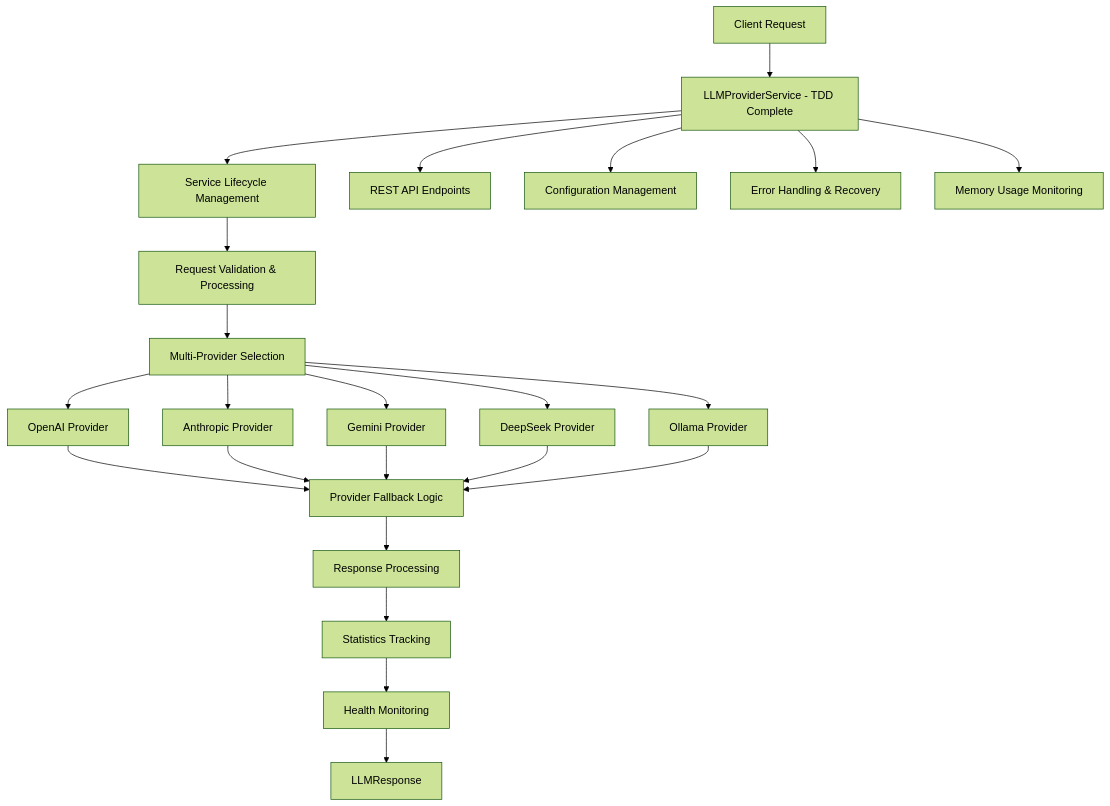
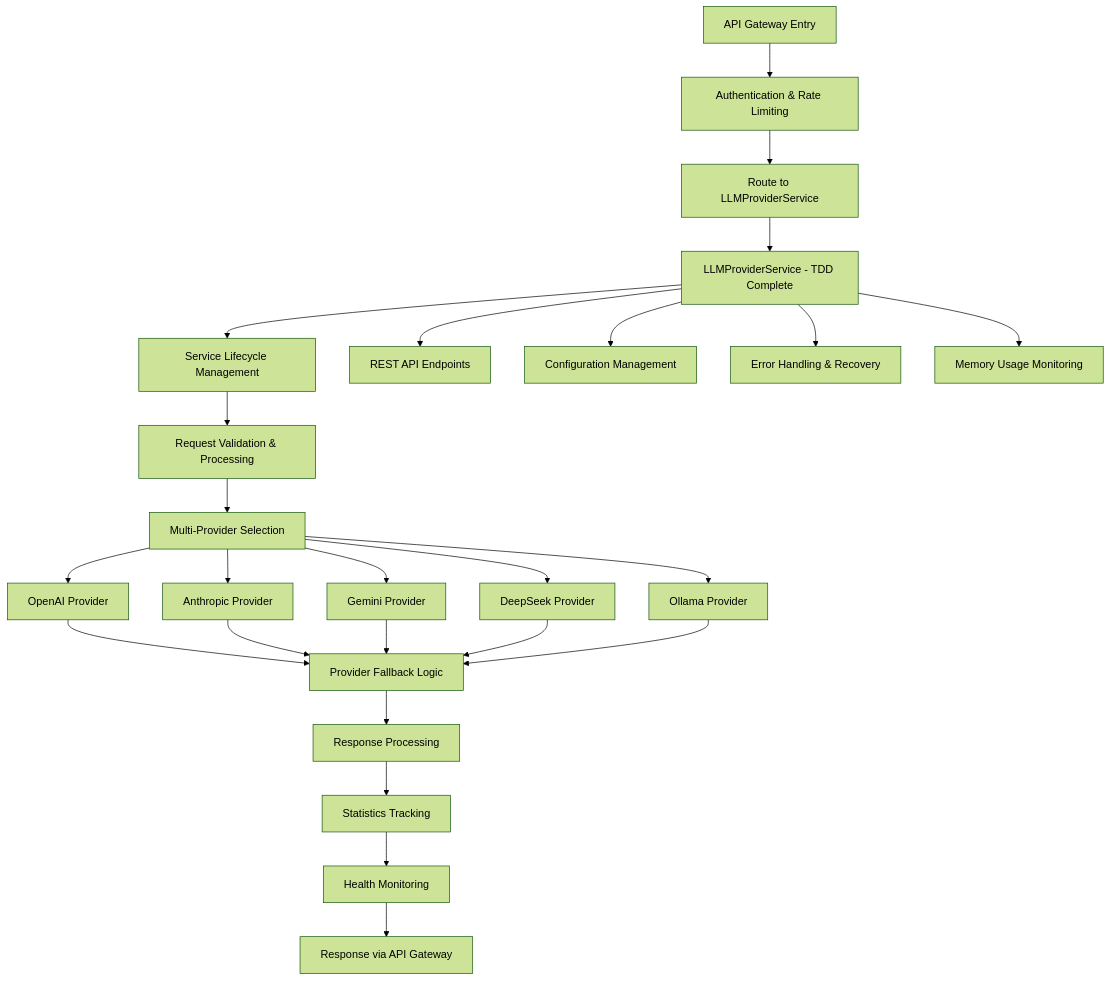
Before and after one commit to kevin-toles/tpm-job-finder-poc: the fifth of 12 diagrams in docs/architecture/SYSTEM_ARCHITECTURE_WORKFLOWS.md, drawn with Mermaid (forest theme). The commit also changed other lines of this file and 29 other files, not shown here.

First line of the commit message:
feat: Add API Gateway service with comprehensive documentation updates

````diff
--- a/docs/architecture/SYSTEM_ARCHITECTURE_WORKFLOWS.md
+++ b/docs/architecture/SYSTEM_ARCHITECTURE_WORKFLOWS.md
@@ -384,26 +617,28 @@
 ```mermaid
 graph TD
-    A[Client Request] --> B[LLMProviderService - TDD Complete]
-    B --> C[Service Lifecycle Management]
-    C --> D[Request Validation & Processing]
-    D --> E[Multi-Provider Selection]
-    E --> F[OpenAI Provider]
-    E --> G[Anthropic Provider]
-    E --> H[Gemini Provider]
-    E --> I[DeepSeek Provider]
-    E --> J[Ollama Provider]
-    F --> K[Provider Fallback Logic]
-    G --> K
-    H --> K
-    I --> K
-    J --> K
-    K --> L[Response Processing]
-    L --> M[Statistics Tracking]
-    M --> N[Health Monitoring]
-    N --> O[LLMResponse]
+    A[API Gateway Entry] --> B[Authentication & Rate Limiting]
+    B --> C[Route to LLMProviderService]
+    C --> D[LLMProviderService - TDD Complete]
+    D --> E[Service Lifecycle Management]
+    E --> F[Request Validation & Processing]
+    F --> G[Multi-Provider Selection]
+    G --> H[OpenAI Provider]
+    G --> I[Anthropic Provider]
+    G --> J[Gemini Provider]
+    G --> K[DeepSeek Provider]
+    G --> L[Ollama Provider]
+    H --> M[Provider Fallback Logic]
+    I --> M
+    J --> M
+    K --> M
+    L --> M
+    M --> N[Response Processing]
+    N --> O[Statistics Tracking]
+    O --> P[Health Monitoring]
+    P --> Q[Response via API Gateway]
     
-    B --> P[REST API Endpoints]
-    B --> Q[Configuration Management]
-    B --> R[Error Handling & Recovery]
-    B --> S[Memory Usage Monitoring]
+    D --> R[REST API Endpoints]
+    D --> S[Configuration Management]
+    D --> T[Error Handling & Recovery]
+    D --> U[Memory Usage Monitoring]
 ```
````
